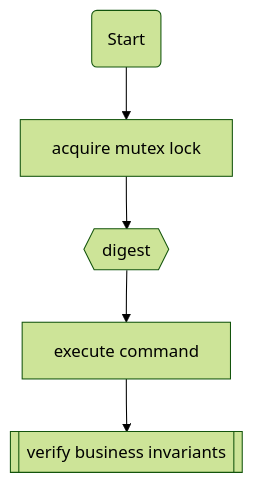
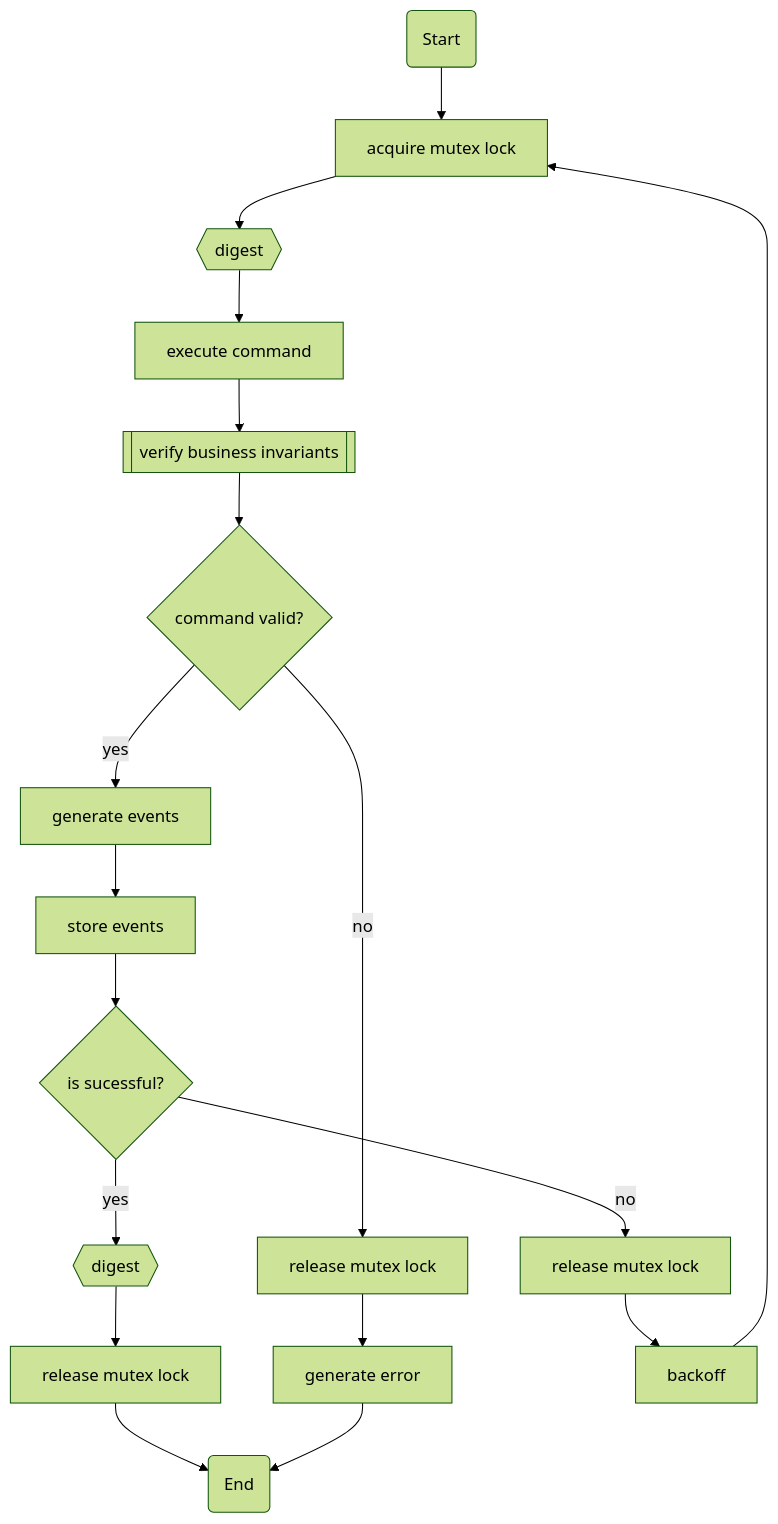
The diagram in libs/node-client/docs/process.md (HighOutputVentures/labs-arque), drawn with Mermaid (forest theme) before and after one commit. The commit also changed 4 other files, not shown here.

````diff
--- a/libs/node-client/docs/process.md
+++ b/libs/node-client/docs/process.md
@@ -1,7 +1,20 @@
 ```mermaid
 flowchart TB
   A(Start) --> B[acquire mutex lock]
   B --> C{{digest}}
   C --> D[execute command]
   D --> E[[verify business invariants]]
+  E --> F{command valid?}
+  F --> |yes| G[generate events]
+  F --> |no| M[release mutex lock]
+  M --> N[generate error]
+  G --> H[store events]
+  H --> I{is sucessful?}
+  I --> |yes| J{{digest}}
+  J --> O[release mutex lock]
+  I --> |no| K[release mutex lock]
+  K --> L[backoff]
+  L --> B
+  O --> Z
+  N --> Z(End)
 ```
````
